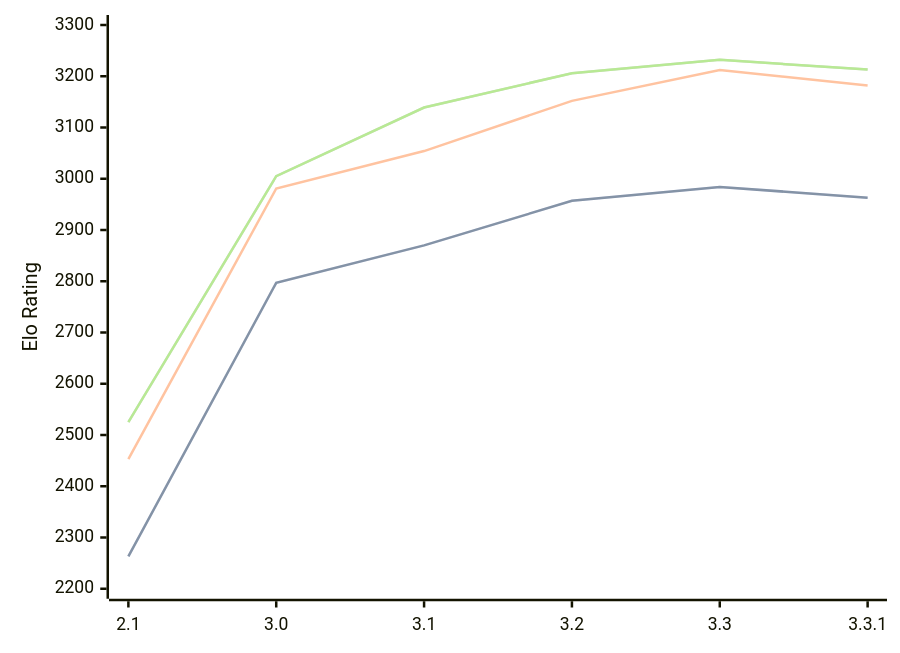
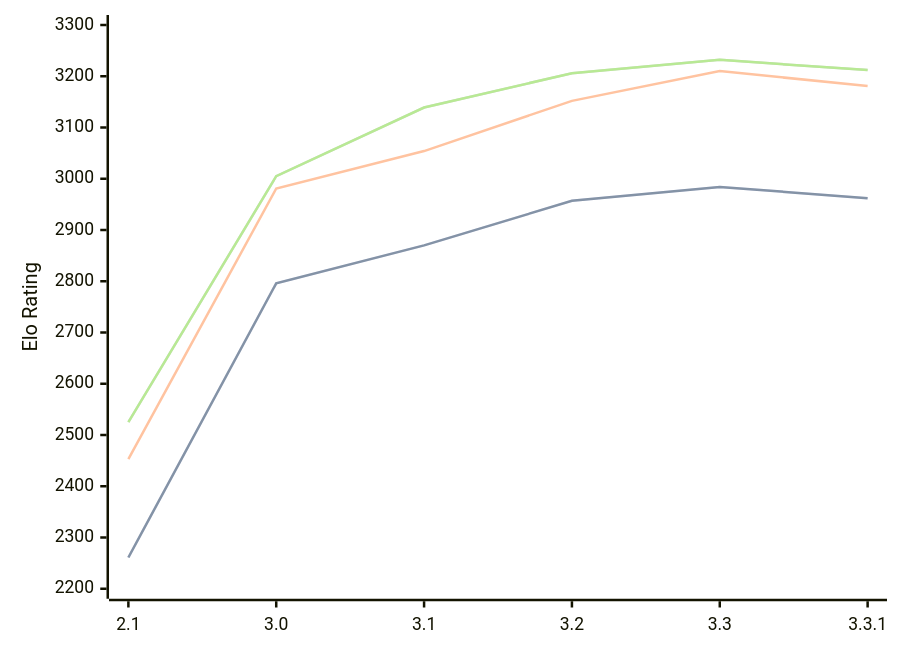
One commit to computer-chess-index/cci changed the diagram in engines/Petrel.md. Above: the diagram before and after it, drawn with Mermaid. The commit also changed other lines of this file, not shown here.

Commit message:
Update CCI Ratings (ELO VLTC) - 2026-04-20

````diff
--- a/engines/Petrel.md
+++ b/engines/Petrel.md
@@ -45,11 +45,11 @@
 ```mermaid
 %%{init: {"theme":"base","themeVariables":{"seriesColors:['#a3a3a3','#222221','#faa371']}}}%%
 xychart-beta
   x-axis ["2.1", "3.0", "3.1", "3.2", "3.3", "3.3.1"]
   y-axis "Elo Rating" 2200 --> 3300
-  line "STC (8.0+0.08s)" [2263, 2797, 2870, 2957, 2984, 2963]
-  line "STC (8.0+0.08s)" [2263, 2797, 2870, 2957, 2984, 2963]
-  line "LTC (60.0+0.60s)" [2453, 2981, 3054, 3152, 3212, 3182]
-  line "VLTC (2m24s+1.12s)" [2525, 3005, 3139, 3206, 3232, 3213]
-  line "VLTC (2m24s+1.12s)" [2525, 3005, 3139, 3206, 3232, 3213]
+  line "STC (8.0+0.08s)" [2261, 2796, 2870, 2957, 2984, 2962]
+  line "STC (8.0+0.08s)" [2261, 2796, 2870, 2957, 2984, 2962]
+  line "LTC (60.0+0.60s)" [2453, 2981, 3054, 3152, 3210, 3181]
+  line "VLTC (2m24s+1.12s)" [2525, 3005, 3139, 3206, 3232, 3212]
+  line "VLTC (2m24s+1.12s)" [2525, 3005, 3139, 3206, 3232, 3212]
 ```
````
